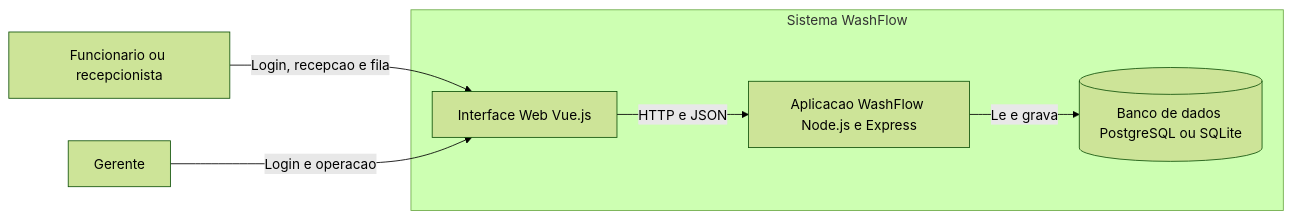
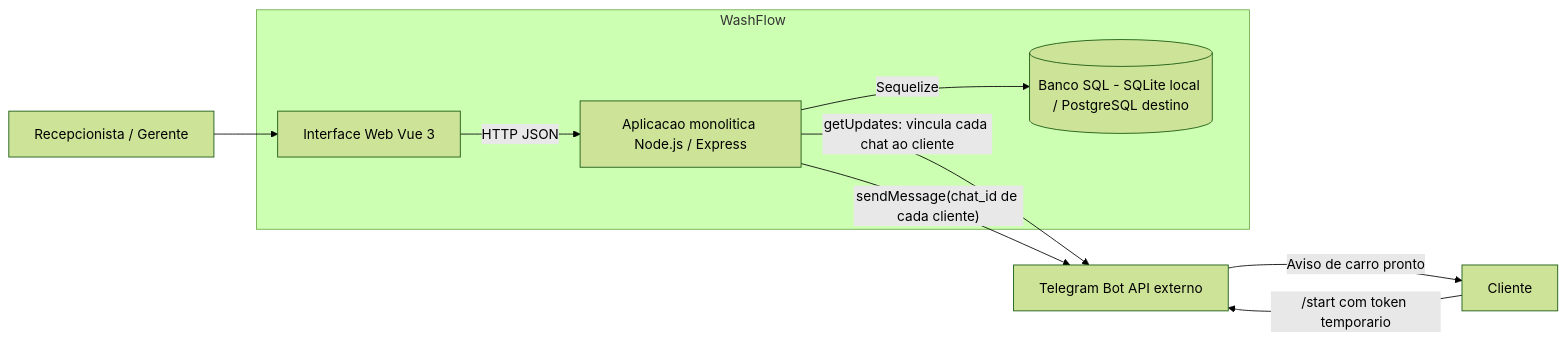
One commit to Ruan-dev-back/WashFlow-SOLID changed the diagram in docs/c4-nivel2-container.mmd. Above: the diagram before and after it, drawn with Mermaid (forest theme). The commit also changed 5 other files, not shown here.

Commit message:
feat: permitir vinculo Telegram individual na recepcao e alinhar documentacao

```diff
--- a/docs/c4-nivel2-container.mmd
+++ b/docs/c4-nivel2-container.mmd
@@ -1,14 +1,16 @@
 flowchart LR
-    Atendente[Funcionario ou recepcionista]
-    Gerente[Gerente]
-
-    subgraph WashFlow[Sistema WashFlow]
-        UI[Interface Web Vue.js]
-        API[Aplicacao WashFlow Node.js e Express]
-        DB[(Banco de dados PostgreSQL ou SQLite)]
-        UI -->|HTTP e JSON| API
-        API -->|Le e grava| DB
+    Funcionario["Recepcionista / Gerente"]
+    Cliente["Cliente"]
+    Telegram["Telegram Bot API externo"]
+    subgraph WF["WashFlow"]
+      UI["Interface Web Vue 3"]
+      API["Aplicacao monolitica Node.js / Express"]
+      DB[("Banco SQL - SQLite local / PostgreSQL destino")]
+      UI -->|"HTTP JSON"| API
+      API -->|"Sequelize"| DB
     end
-
-    Atendente -->|Login, recepcao e fila| UI
-    Gerente -->|Login e operacao| UI
+    Funcionario --> UI
+    API -->|"getUpdates: vincula cada chat ao cliente"| Telegram
+    Cliente -->|"/start com token temporario"| Telegram
+    API -->|"sendMessage(chat_id de cada cliente)"| Telegram
+    Telegram -->|"Aviso de carro pronto"| Cliente
```
